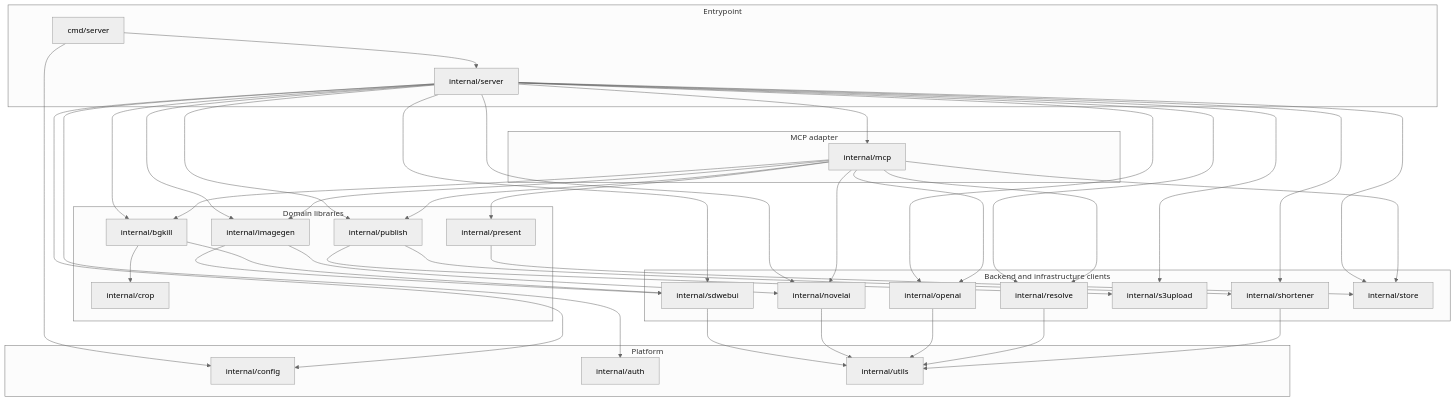
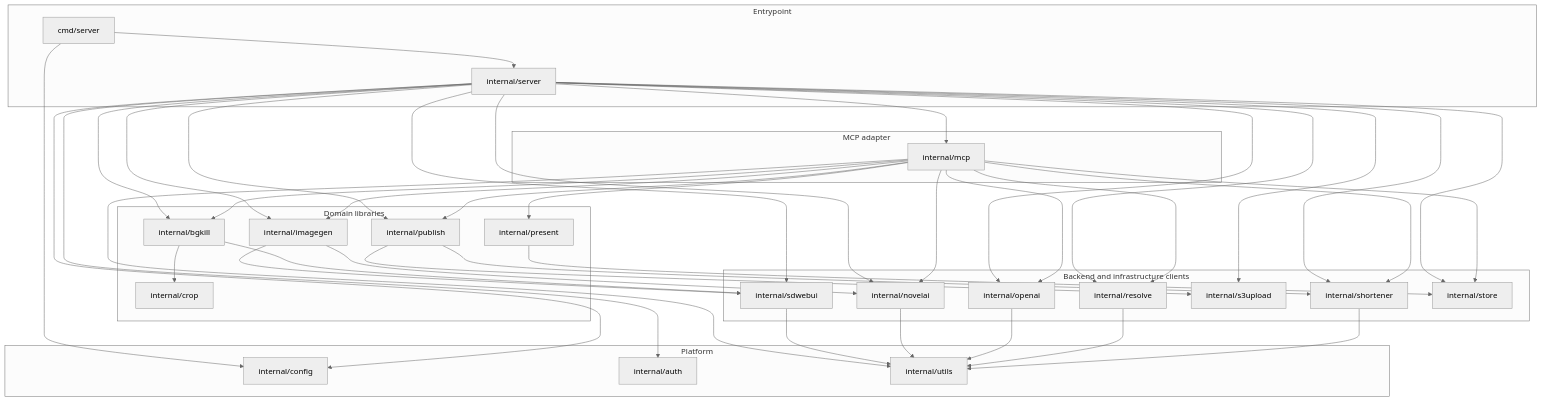
Before and after one commit to wishmatic/neo-mcp: the diagram in AGENTS.md, drawn with Mermaid (neutral theme). The commit also changed 7 other files, not shown here.

````diff
--- a/AGENTS.md
+++ b/AGENTS.md
@@ -55,75 +55,77 @@
 ```mermaid
 flowchart TD
     subgraph entry[Entrypoint]
         cmd["cmd/server"]
         server["internal/server"]
     end
 
     subgraph mcpLayer[MCP adapter]
         mcp["internal/mcp"]
     end
 
     subgraph domainLibraries[Domain libraries]
         imagegen["internal/imagegen"]
         bgkill["internal/bgkill"]
         present["internal/present"]
         publish["internal/publish"]
         crop["internal/crop"]
     end
 
     subgraph clientLibraries[Backend and infrastructure clients]
         sdwebui["internal/sdwebui"]
         novelai["internal/novelai"]
         openai["internal/openai"]
         resolve["internal/resolve"]
         s3upload["internal/s3upload"]
         shortener["internal/shortener"]
         store["internal/store"]
     end
 
     subgraph platform[Platform]
         config["internal/config"]
         auth["internal/auth"]
         utils["internal/utils"]
     end
 
     cmd --> server
     cmd --> config
 
     server --> mcp
     server --> imagegen
     server --> bgkill
     server --> publish
     server --> auth
     server --> config
     server --> sdwebui
     server --> novelai
     server --> openai
     server --> resolve
     server --> s3upload
     server --> shortener
     server --> store
 
     mcp --> imagegen
     mcp --> bgkill
     mcp --> present
     mcp --> publish
     mcp --> novelai
     mcp --> openai
     mcp --> resolve
+    mcp --> shortener
     mcp --> store
+    mcp --> utils
 
     imagegen --> sdwebui
     imagegen --> novelai
     bgkill --> sdwebui
     bgkill --> crop
     publish --> s3upload
     publish --> shortener
     present --> store
 
     sdwebui --> utils
     novelai --> utils
     openai --> utils
     resolve --> utils
     shortener --> utils
 ```
````
